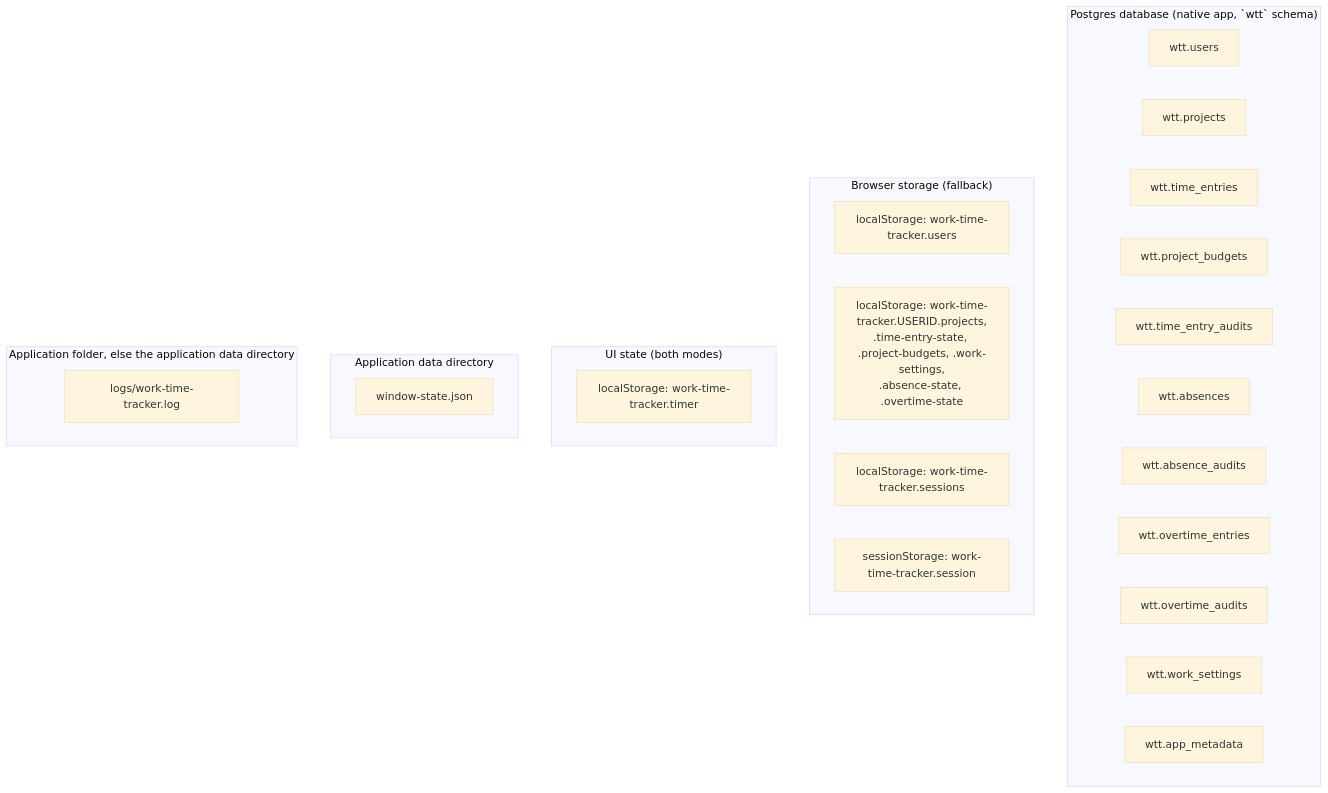
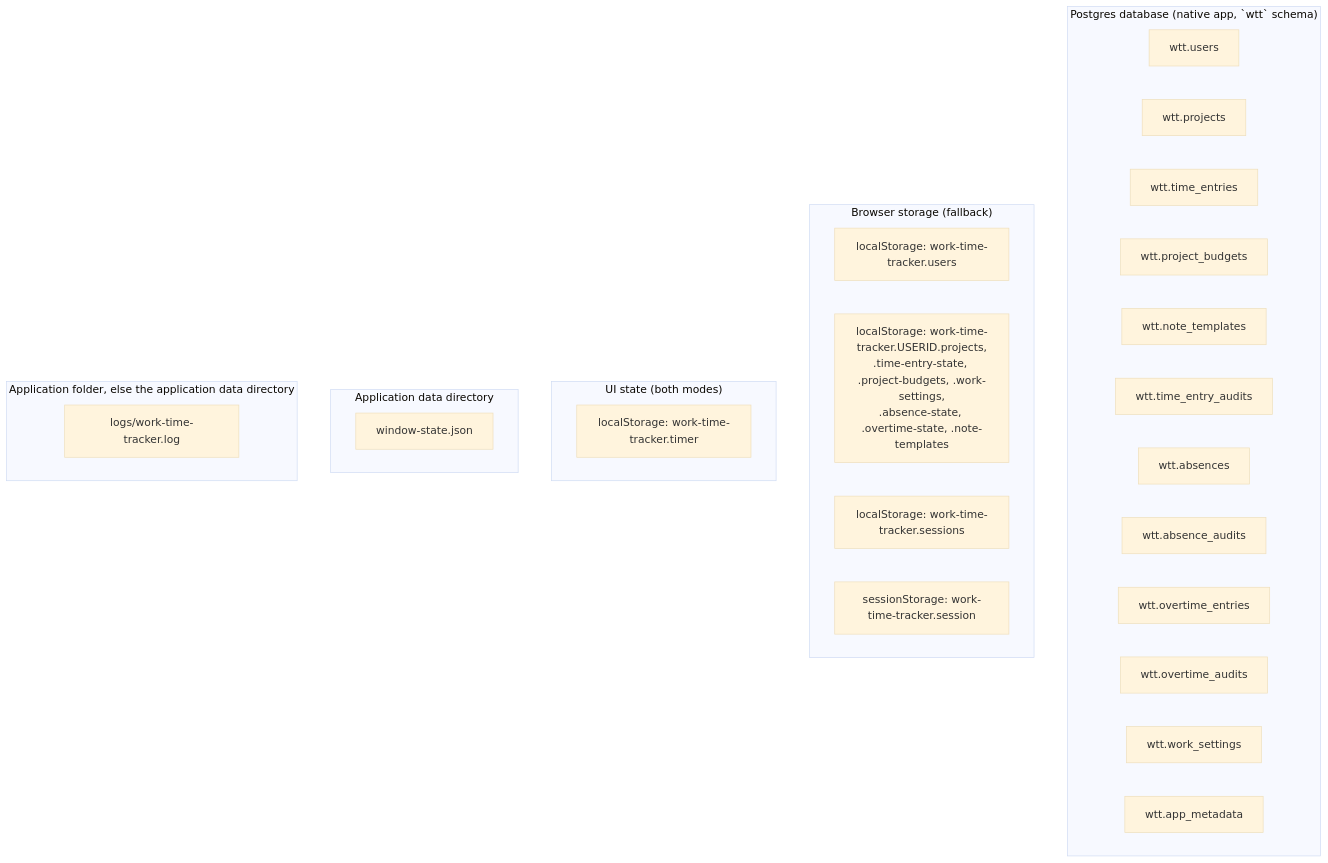
One commit to serious6/WorkTimeTracker changed the second of 3 diagrams in docs/data-model.md. Above: the diagram before and after it, drawn with Mermaid (base theme). The commit also changed other lines of this file and 45 other files, not shown here.

````diff
--- a/docs/data-model.md
+++ b/docs/data-model.md
@@ -34,35 +34,36 @@
 ```mermaid
 flowchart TB
   subgraph postgres["Postgres database (native app, `wtt` schema)"]
     users_t["wtt.users"]
     projects_t["wtt.projects"]
     entries_t["wtt.time_entries"]
     budgets_t["wtt.project_budgets"]
+    note_templates_t["wtt.note_templates"]
     audits_t["wtt.time_entry_audits"]
     absences_t["wtt.absences"]
     absence_audits_t["wtt.absence_audits"]
     overtime_t["wtt.overtime_entries"]
     overtime_audits_t["wtt.overtime_audits"]
     settings_t["wtt.work_settings"]
     meta_t["wtt.app_metadata"]
   end
 
   subgraph browser["Browser storage (fallback)"]
     ls_users["localStorage: work-time-tracker.users"]
-    ls_scoped["localStorage: work-time-tracker.USERID.projects,<br/>.time-entry-state, .project-budgets, .work-settings,<br/>.absence-state, .overtime-state"]
+    ls_scoped["localStorage: work-time-tracker.USERID.projects,<br/>.time-entry-state, .project-budgets, .work-settings,<br/>.absence-state, .overtime-state, .note-templates"]
     ls_sessions["localStorage: work-time-tracker.sessions"]
     ss_session["sessionStorage: work-time-tracker.session"]
   end
 
   subgraph ui["UI state (both modes)"]
     ls_timer["localStorage: work-time-tracker.timer"]
   end
 
   subgraph fs["Application data directory"]
     win["window-state.json"]
   end
 
   subgraph appfolder["Application folder, else the application data directory"]
     log["logs/work-time-tracker.log"]
   end
 ```
````
